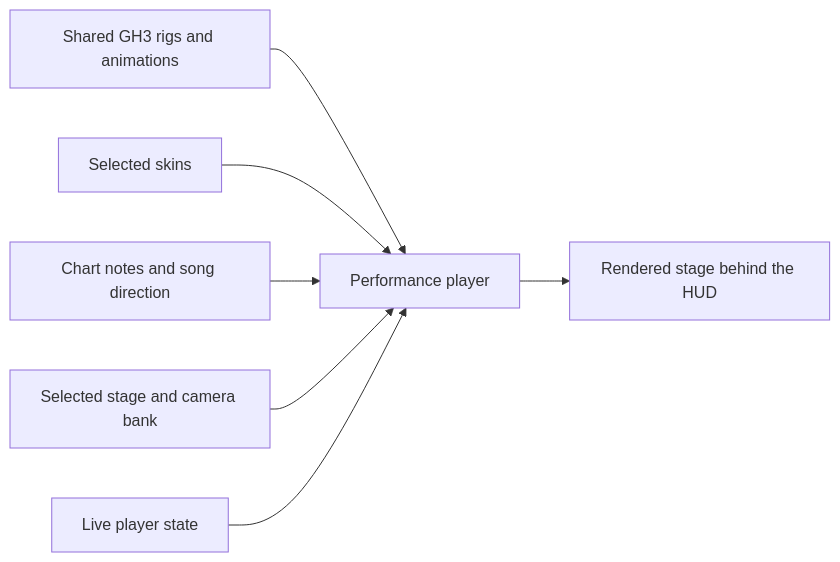
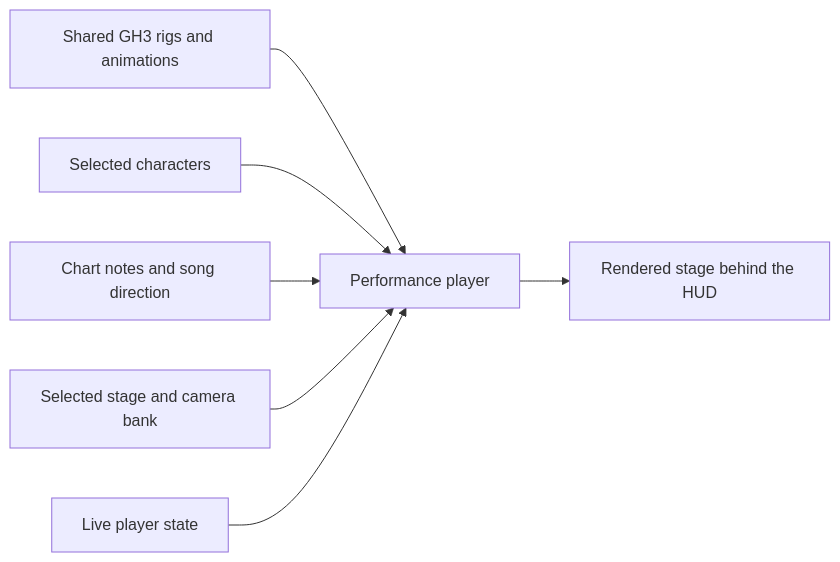
The first of 2 diagrams in docs/CUSTOM-CONTENT.md (heditwo/gh3-clonehero-skin), drawn with Mermaid before and after one commit. The commit also changed other lines of this file and 22 other files, not shown here.

````diff
--- a/docs/CUSTOM-CONTENT.md
+++ b/docs/CUSTOM-CONTENT.md
@@ -23,9 +23,9 @@
 ```mermaid
 flowchart LR
     Library[Shared GH3 rigs and animations] --> Player[Performance player]
-    Skins[Selected skins] --> Player
+    Characters[Selected characters] --> Player
     Chart[Chart notes and song direction] --> Player
     Stage[Selected stage and camera bank] --> Player
     Game[Live player state] --> Player
     Player --> Scene[Rendered stage behind the HUD]
 ```
````
